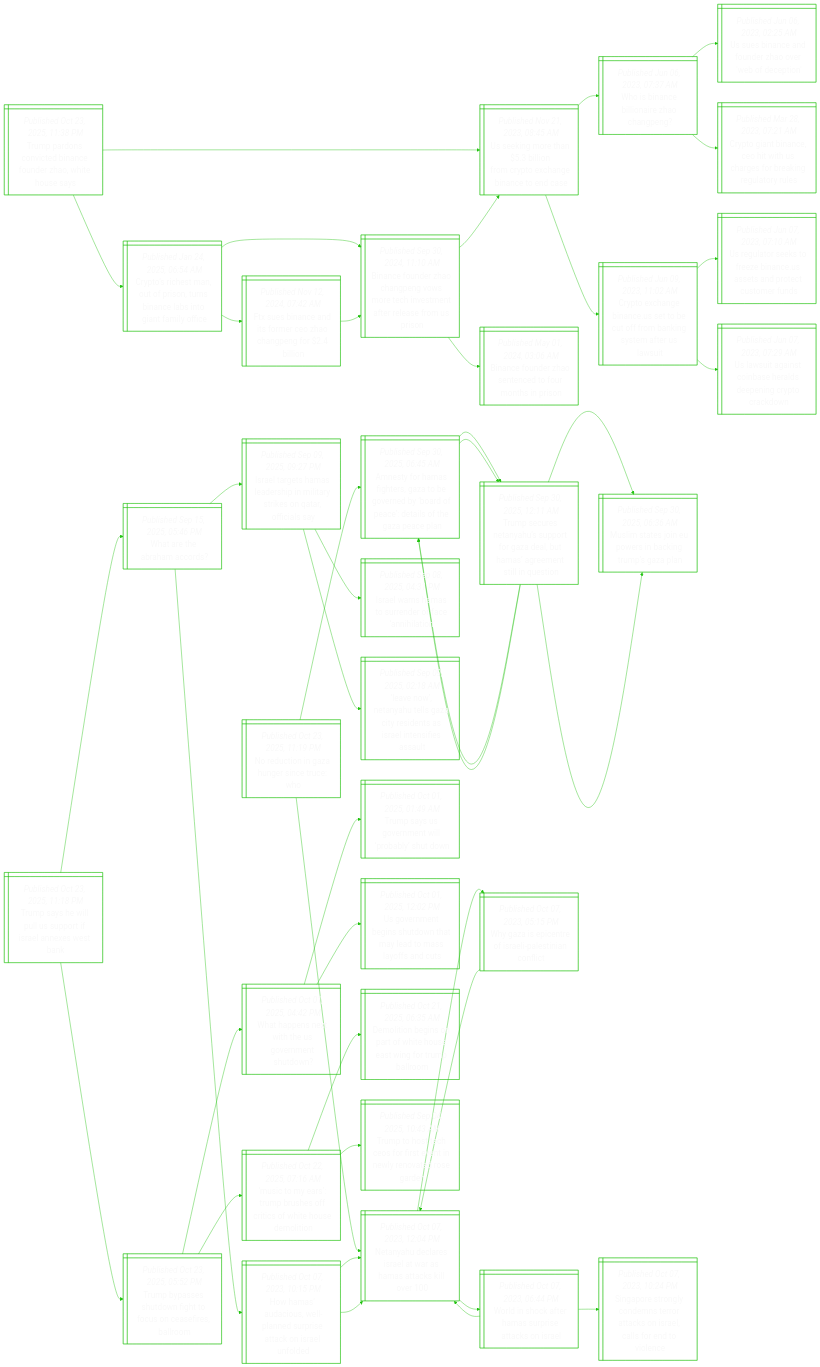
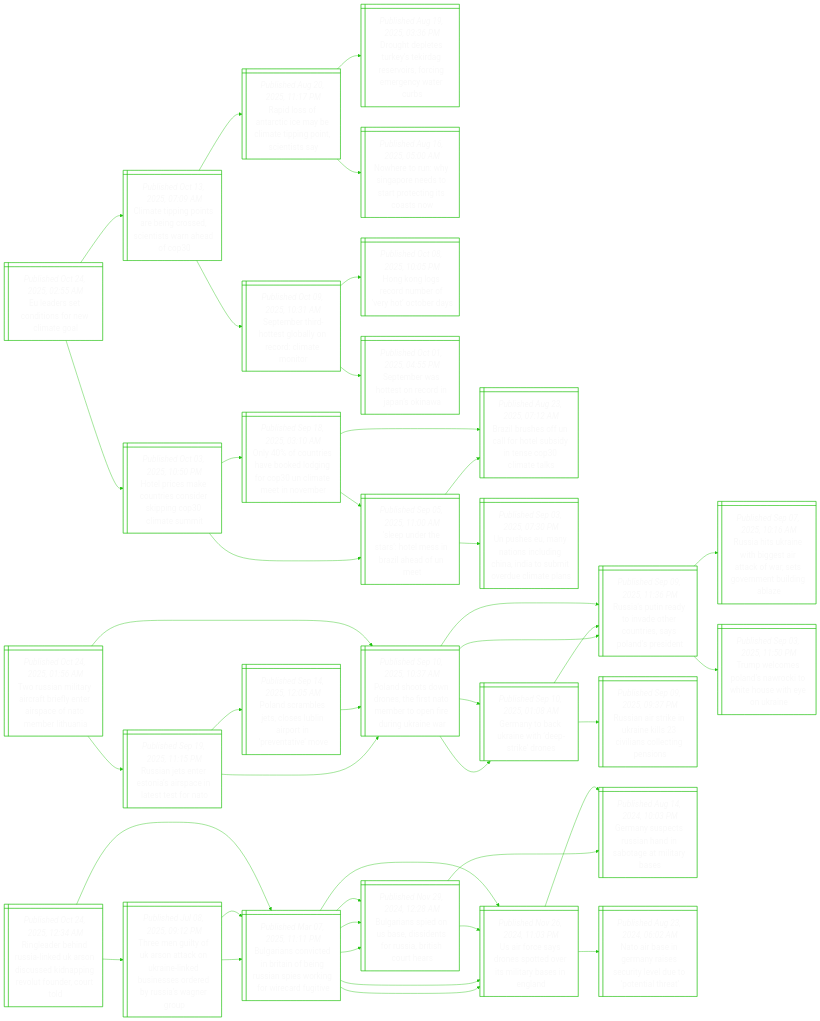
Before and after one commit to notJmes/notJmes: the diagram in README.md, drawn with Mermaid. The commit also changed other lines of this file, not shown here.

````diff
--- a/README.md
+++ b/README.md
@@ -16,136 +16,139 @@
 flowchart LR
 classDef txtsize font-size:20px;
 
-TpnvdnuZhoa@{ shape: win-pane, label: "_Published Oct 23, 2025, 11:38 PM_
-Trump pardons convicted binance founder zhao, white house says" }
-Ukoalryxgaoa@{ shape: win-pane, label: "_Published Nov 21, 2023, 08:45 AM_
-Us seeking more than $5.3 billion from crypto exchange binance to end case" }
-WBcliang@{ shape: win-pane, label: "_Published Jun 06, 2023, 07:37 AM_
-Who is binance billionaire zhao changpeng?" }
-Usnddarfp@{ shape: win-pane, label: "_Published Jun 06, 2023, 02:25 AM_
-Us sues binance and founder zhao over 'web of deception'" }
-CotnOicebigol@{ shape: win-pane, label: "_Published Mar 28, 2023, 07:21 AM_
-Crypto giant binance, ceo hit with us charges for breaking regulatory rules" }
-Coaietcfbnttli@{ shape: win-pane, label: "_Published Jun 09, 2023, 11:02 AM_
-Crypto exchange binance.us set to be cut off from banking system after us lawsuit" }
-Uurseiesntued@{ shape: win-pane, label: "_Published Jun 07, 2023, 07:10 AM_
-Us regulator seeks to freeze binance.us assets and protect customer funds" }
-Usgtbesecok@{ shape: win-pane, label: "_Published Jun 07, 2023, 07:29 AM_
-Us lawsuit against coinbase heralds deepening crypto crackdown" }
-CohaosrnLnamf@{ shape: win-pane, label: "_Published Jan 24, 2025, 06:54 AM_
-Crypto’s richest man, out of prison, turns binance labs into giant family office" }
-BcnhanstnmfeeUs@{ shape: win-pane, label: "_Published Sep 30, 2024, 11:10 AM_
-Binance founder zhao changpeng vows more tech investment after release from us prison" }
-Bcnhneonno@{ shape: win-pane, label: "_Published May 01, 2024, 03:06 AM_
-Binance founder zhao sentenced to four months in prison" }
-Ukoalryxgaoa@{ shape: win-pane, label: "_Published Nov 21, 2023, 08:45 AM_
-Us seeking more than $5.3 billion from crypto exchange binance to end case" }
-Feanfrhanbo@{ shape: win-pane, label: "_Published Nov 12, 2024, 07:42 AM_
-Ftx sues binance and its former ceo zhao changpeng for $2.4 billion" }
-BcnhanstnmfeeUs@{ shape: win-pane, label: "_Published Sep 30, 2024, 11:10 AM_
-Binance founder zhao changpeng vows more tech investment after release from us prison" }
+Edednnig@{ shape: win-pane, label: "_Published Oct 24, 2025, 02:55 AM_
+Eu leaders set conditions for new climate goal" }
+Ctpoaiostwhf@{ shape: win-pane, label: "_Published Oct 13, 2025, 07:09 AM_
+Climate tipping points are being crossed, scientists warn ahead of cop30" }
+Rlfriyitnnet@{ shape: win-pane, label: "_Published Aug 20, 2025, 11:17 PM_
+Rapid loss of antarctic ice may be climate tipping point, scientists say" }
+DhlTyirvfnryrs@{ shape: win-pane, label: "_Published Aug 19, 2025, 03:36 PM_
+Drought depletes turkey’s tekirdag reservoirs, forcing emergency water curbs" }
+NruSpeotegon@{ shape: win-pane, label: "_Published Aug 16, 2025, 05:00 AM_
+Nowhere to run: why singapore needs to start protecting its coasts now" }
+Smhotanrmor@{ shape: win-pane, label: "_Published Oct 09, 2025, 10:31 AM_
+September third-hottest globally on record: climate monitor" }
+Hogomfhtd@{ shape: win-pane, label: "_Published Oct 08, 2025, 10:05 PM_
+Hong kong logs record number of ‘very hot’ october days" }
+SmatnraOw@{ shape: win-pane, label: "_Published Oct 01, 2025, 04:55 PM_
+September was hottest on record in japan’s okinawa" }
+HpscroepCist@{ shape: win-pane, label: "_Published Oct 03, 2025, 10:50 PM_
+Hotel prices make countries consider skipping cop30 climate summit" }
+Sutatsraoe@{ shape: win-pane, label: "_Published Sep 05, 2025, 11:00 AM_
+‘sleep under the stars’: hotel mess in brazil ahead of un meet" }
+BlhflhsdeOma@{ shape: win-pane, label: "_Published Aug 23, 2025, 07:12 AM_
+Brazil brushes off un call for hotel subsidy in tense cop30 climate talks" }
+UhmasuCItmectn@{ shape: win-pane, label: "_Published Sep 03, 2025, 07:30 PM_
+Un pushes eu, many nations including china, india to submit overdue climate plans" }
+OftholnCcttvr@{ shape: win-pane, label: "_Published Sep 18, 2025, 03:10 AM_
+Only 40% of countries have booked lodging for cop30 un climate meet in november" }
+Sutatsraoe@{ shape: win-pane, label: "_Published Sep 05, 2025, 11:00 AM_
+‘sleep under the stars’: hotel mess in brazil ahead of un meet" }
+BlhflhsdeOma@{ shape: win-pane, label: "_Published Aug 23, 2025, 07:12 AM_
+Brazil brushes off un call for hotel subsidy in tense cop30 climate talks" }
 
-TpnvdnuZhoa:::txtsize --> Ukoalryxgaoa:::txtsize
-Ukoalryxgaoa:::txtsize --> WBcliang:::txtsize
-WBcliang:::txtsize --> Usnddarfp:::txtsize
-WBcliang:::txtsize --> CotnOicebigol:::txtsize
-Ukoalryxgaoa:::txtsize --> Coaietcfbnttli:::txtsize
-Coaietcfbnttli:::txtsize --> Uurseiesntued:::txtsize
-Coaietcfbnttli:::txtsize --> Usgtbesecok:::txtsize
-TpnvdnuZhoa:::txtsize --> CohaosrnLnamf:::txtsize
-CohaosrnLnamf:::txtsize --> BcnhanstnmfeeUs:::txtsize
-BcnhanstnmfeeUs:::txtsize --> Bcnhneonno:::txtsize
-BcnhanstnmfeeUs:::txtsize --> Ukoalryxgaoa:::txtsize
-CohaosrnLnamf:::txtsize --> Feanfrhanbo:::txtsize
-Feanfrhanbo:::txtsize --> BcnhanstnmfeeUs:::txtsize
+Edednnig:::txtsize --> Ctpoaiostwhf:::txtsize
+Ctpoaiostwhf:::txtsize --> Rlfriyitnnet:::txtsize
+Rlfriyitnnet:::txtsize --> DhlTyirvfnryrs:::txtsize
+Rlfriyitnnet:::txtsize --> NruSpeotegon:::txtsize
+Ctpoaiostwhf:::txtsize --> Smhotanrmor:::txtsize
+Smhotanrmor:::txtsize --> Hogomfhtd:::txtsize
+Smhotanrmor:::txtsize --> SmatnraOw:::txtsize
+Edednnig:::txtsize --> HpscroepCist:::txtsize
+HpscroepCist:::txtsize --> Sutatsraoe:::txtsize
+Sutatsraoe:::txtsize --> BlhflhsdeOma:::txtsize
+Sutatsraoe:::txtsize --> UhmasuCItmectn:::txtsize
+HpscroepCist:::txtsize --> OftholnCcttvr:::txtsize
+OftholnCcttvr:::txtsize --> Sutatsraoe:::txtsize
+OftholnCcttvr:::txtsize --> BlhflhsdeOma:::txtsize
 
-NunzgnuO@{ shape: win-pane, label: "_Published Oct 23, 2025, 11:19 PM_
-No reduction in gaza hunger since truce: who" }
-AtHfezerydatoGel@{ shape: win-pane, label: "_Published Sep 30, 2025, 06:45 AM_
-Amnesty for hamas fighters, gaza to be governed by ‘board of peace’: details of the gaza peace plan" }
-Tseaupoabmrnluo@{ shape: win-pane, label: "_Published Sep 30, 2025, 12:11 AM_
-Trump secures netanyahu’s support for gaza deal, but hamas’ agreement still in question" }
-AtHfezerydatoGel@{ shape: win-pane, label: "_Published Sep 30, 2025, 06:45 AM_
-Amnesty for hamas fighters, gaza to be governed by ‘board of peace’: details of the gaza peace plan" }
-Mmenwniuaa@{ shape: win-pane, label: "_Published Sep 30, 2025, 06:36 AM_
-Muslim states join eu powers in backing trump’s gaza plan" }
-Tseaupoabmrnluo@{ shape: win-pane, label: "_Published Sep 30, 2025, 12:11 AM_
-Trump secures netanyahu’s support for gaza deal, but hamas’ agreement still in question" }
-AtHfezerydatoGel@{ shape: win-pane, label: "_Published Sep 30, 2025, 06:45 AM_
-Amnesty for hamas fighters, gaza to be governed by ‘board of peace’: details of the gaza peace plan" }
-Mmenwniuaa@{ shape: win-pane, label: "_Published Sep 30, 2025, 06:36 AM_
-Muslim states join eu powers in backing trump’s gaza plan" }
-NyeeawHakl@{ shape: win-pane, label: "_Published Oct 07, 2023, 12:04 PM_
-Netanyahu declares israel at war as hamas attacks kill over 100" }
-WzptIleint@{ shape: win-pane, label: "_Published Oct 07, 2023, 05:15 PM_
-Why gaza is epicentre of israeli-palestinian conflict" }
-NyeeawHakl@{ shape: win-pane, label: "_Published Oct 07, 2023, 12:04 PM_
-Netanyahu declares israel at war as hamas attacks kill over 100" }
-Wiceapaks@{ shape: win-pane, label: "_Published Oct 07, 2023, 06:44 PM_
-World in shock after hamas surprise attacks on israel" }
-NyeeawHakl@{ shape: win-pane, label: "_Published Oct 07, 2023, 12:04 PM_
-Netanyahu declares israel at war as hamas attacks kill over 100" }
-SptldtrcIlsnic@{ shape: win-pane, label: "_Published Oct 07, 2023, 10:24 PM_
-Singapore strongly condemns terror attacks on israel, calls for end to violence" }
+Tsmartftretbti@{ shape: win-pane, label: "_Published Oct 24, 2025, 01:56 AM_
+Two russian military aircraft briefly enter airspace of nato member lithuania" }
+Rasrnicatoo@{ shape: win-pane, label: "_Published Sep 19, 2025, 11:15 PM_
+Russian jets enter estonia’s airspace in latest test for nato" }
+PdtnefNetndgir@{ shape: win-pane, label: "_Published Sep 10, 2025, 10:37 AM_
+Poland shoots down drones, the first nato member to open fire during ukraine war" }
+Gnarwerr@{ shape: win-pane, label: "_Published Sep 10, 2025, 01:08 AM_
+Germany to back ukraine with ‘deep-strike’ drones" }
+Raidnocralpd@{ shape: win-pane, label: "_Published Sep 09, 2025, 11:36 PM_
+Russia’s putin ready to invade other countries, says poland’s president" }
+PdmjlLnopnve@{ shape: win-pane, label: "_Published Sep 14, 2025, 12:05 AM_
+Poland scrambles jets, closes lublin airport in ‘preventative’ move" }
+PdtnefNetndgir@{ shape: win-pane, label: "_Published Sep 10, 2025, 10:37 AM_
+Poland shoots down drones, the first nato member to open fire during ukraine war" }
+PdtnefNetndgir@{ shape: win-pane, label: "_Published Sep 10, 2025, 10:37 AM_
+Poland shoots down drones, the first nato member to open fire during ukraine war" }
+Gnarwerr@{ shape: win-pane, label: "_Published Sep 10, 2025, 01:08 AM_
+Germany to back ukraine with ‘deep-strike’ drones" }
+Raserkcioten@{ shape: win-pane, label: "_Published Sep 09, 2025, 09:37 PM_
+Russian air strike in ukraine kills 23 civilians collecting pensions" }
+Raidnocralpd@{ shape: win-pane, label: "_Published Sep 09, 2025, 11:36 PM_
+Russia’s putin ready to invade other countries, says poland’s president" }
+Raidnocralpd@{ shape: win-pane, label: "_Published Sep 09, 2025, 11:36 PM_
+Russia’s putin ready to invade other countries, says poland’s president" }
+RaUnhercasrtdb@{ shape: win-pane, label: "_Published Sep 07, 2025, 10:16 AM_
+Russia hits ukraine with biggest air attack of war, sets government building ablaze" }
+TwmlNcWHwyke@{ shape: win-pane, label: "_Published Sep 03, 2025, 11:50 PM_
+Trump welcomes poland’s nawrocki to white house with eye on ukraine" }
 
-NunzgnuO:::txtsize --> AtHfezerydatoGel:::txtsize
-AtHfezerydatoGel:::txtsize --> Tseaupoabmrnluo:::txtsize
-Tseaupoabmrnluo:::txtsize --> AtHfezerydatoGel:::txtsize
-Tseaupoabmrnluo:::txtsize --> Mmenwniuaa:::txtsize
-AtHfezerydatoGel:::txtsize --> Tseaupoabmrnluo:::txtsize
-Tseaupoabmrnluo:::txtsize --> AtHfezerydatoGel:::txtsize
-Tseaupoabmrnluo:::txtsize --> Mmenwniuaa:::txtsize
-NunzgnuO:::txtsize --> NyeeawHakl:::txtsize
-NyeeawHakl:::txtsize --> WzptIleint:::txtsize
-WzptIleint:::txtsize --> NyeeawHakl:::txtsize
-NyeeawHakl:::txtsize --> Wiceapaks:::txtsize
-Wiceapaks:::txtsize --> NyeeawHakl:::txtsize
-Wiceapaks:::txtsize --> SptldtrcIlsnic:::txtsize
+Tsmartftretbti:::txtsize --> Rasrnicatoo:::txtsize
+Rasrnicatoo:::txtsize --> PdtnefNetndgir:::txtsize
+PdtnefNetndgir:::txtsize --> Gnarwerr:::txtsize
+PdtnefNetndgir:::txtsize --> Raidnocralpd:::txtsize
+Rasrnicatoo:::txtsize --> PdmjlLnopnve:::txtsize
+PdmjlLnopnve:::txtsize --> PdtnefNetndgir:::txtsize
+Tsmartftretbti:::txtsize --> PdtnefNetndgir:::txtsize
+PdtnefNetndgir:::txtsize --> Gnarwerr:::txtsize
+Gnarwerr:::txtsize --> Raserkcioten:::txtsize
+Gnarwerr:::txtsize --> Raidnocralpd:::txtsize
+PdtnefNetndgir:::txtsize --> Raidnocralpd:::txtsize
+Raidnocralpd:::txtsize --> RaUnhercasrtdb:::txtsize
+Raidnocralpd:::txtsize --> TwmlNcWHwyke:::txtsize
 
-TsepSoIlxsk@{ shape: win-pane, label: "_Published Oct 23, 2025, 11:18 PM_
-Trump says he will pull us support if israel annexes west bank" }
-WrAao@{ shape: win-pane, label: "_Published Sep 15, 2025, 05:46 PM_
-What are the abraham accords?" }
-Ilemahmaroais@{ shape: win-pane, label: "_Published Sep 09, 2025, 09:27 PM_
-Israel targets hamas leadership in military strikes on qatar, officials say" }
-Ilssreana@{ shape: win-pane, label: "_Published Sep 08, 2025, 04:31 PM_
-Israel warns hamas to surrender or face ‘annihilation’" }
-Lnthlareseeis@{ shape: win-pane, label: "_Published Sep 09, 2025, 02:18 AM_
-‘leave now’, netanyahu tells gaza city residents as israel intensifies assault" }
-Hmdulnrecsud@{ shape: win-pane, label: "_Published Oct 07, 2023, 10:15 PM_
-How hamas’ audacious, well-planned surprise attack on israel unfolded" }
-NyeeawHakl@{ shape: win-pane, label: "_Published Oct 07, 2023, 12:04 PM_
-Netanyahu declares israel at war as hamas attacks kill over 100" }
-NyeeawHakl@{ shape: win-pane, label: "_Published Oct 07, 2023, 12:04 PM_
-Netanyahu declares israel at war as hamas attacks kill over 100" }
-Tbsuntccfbo@{ shape: win-pane, label: "_Published Oct 23, 2025, 05:52 PM_
-Trump bypasses shutdown fight to focus on ceasefires, ballroom" }
-Waswhomhw@{ shape: win-pane, label: "_Published Oct 01, 2025, 04:42 PM_
-What happens next with the us government shutdown?" }
-TsSrtpbun@{ shape: win-pane, label: "_Published Oct 01, 2025, 01:49 AM_
-Trump says us government will ‘probably’ shut down" }
-Ueniunmaayat@{ shape: win-pane, label: "_Published Oct 01, 2025, 12:02 PM_
-Us government begins shutdown that may lead to mass layoffs and cuts" }
-Mtauuoiotsoo@{ shape: win-pane, label: "_Published Oct 22, 2025, 07:16 AM_
-‘music to my ears’: trump brushes off critics of white house demolition" }
-DibsrhoanTbo@{ shape: win-pane, label: "_Published Oct 21, 2025, 06:35 AM_
-Demolition begins on part of white house east wing for trump ballroom" }
-TttCosneetsd@{ shape: win-pane, label: "_Published Sep 04, 2025, 10:43 AM_
-Trump to host tech ceos for first event in newly renovated rose garden" }
+Rebdikadsipetdul@{ shape: win-pane, label: "_Published Oct 24, 2025, 12:34 AM_
+Ringleader behind russia-linked uk arson discussed kidnapping revolut founder, court told" }
+TmifstninusrdsWrp@{ shape: win-pane, label: "_Published Jul 08, 2025, 09:12 PM_
+Three men guilty of uk arson attack on ukraine-linked businesses ordered by russia’s wagner group" }
+BrccnabRaekoefi@{ shape: win-pane, label: "_Published Mar 07, 2025, 11:11 PM_
+Bulgarians convicted in britain of being russian spies working for wirecard fugitive" }
+Brsoasnritoe@{ shape: win-pane, label: "_Published Nov 29, 2024, 12:28 AM_
+Bulgarians spied on us base, dissidents for russia, british court hears" }
+UFsrserirend@{ shape: win-pane, label: "_Published Nov 26, 2024, 11:03 PM_
+Us air force says drones spotted over its military bases in england" }
+BrccnabRaekoefi@{ shape: win-pane, label: "_Published Mar 07, 2025, 11:11 PM_
+Bulgarians convicted in britain of being russian spies working for wirecard fugitive" }
+Brsoasnritoe@{ shape: win-pane, label: "_Published Nov 29, 2024, 12:28 AM_
+Bulgarians spied on us base, dissidents for russia, british court hears" }
+UFsrserirend@{ shape: win-pane, label: "_Published Nov 26, 2024, 11:03 PM_
+Us air force says drones spotted over its military bases in england" }
+BrccnabRaekoefi@{ shape: win-pane, label: "_Published Mar 07, 2025, 11:11 PM_
+Bulgarians convicted in britain of being russian spies working for wirecard fugitive" }
+Brsoasnritoe@{ shape: win-pane, label: "_Published Nov 29, 2024, 12:28 AM_
+Bulgarians spied on us base, dissidents for russia, british court hears" }
+UFsrserirend@{ shape: win-pane, label: "_Published Nov 26, 2024, 11:03 PM_
+Us air force says drones spotted over its military bases in england" }
+GnpRadbelys@{ shape: win-pane, label: "_Published Aug 14, 2024, 10:03 PM_
+Germany suspects russian hand in sabotage at military bases" }
+UFsrserirend@{ shape: win-pane, label: "_Published Nov 26, 2024, 11:03 PM_
+Us air force says drones spotted over its military bases in england" }
+Nierrsreuoir@{ shape: win-pane, label: "_Published Aug 23, 2024, 06:02 AM_
+Nato air base in germany raises security level due to ‘potential threat’" }
+GnpRadbelys@{ shape: win-pane, label: "_Published Aug 14, 2024, 10:03 PM_
+Germany suspects russian hand in sabotage at military bases" }
 
-TsepSoIlxsk:::txtsize --> WrAao:::txtsize
-WrAao:::txtsize --> Ilemahmaroais:::txtsize
-Ilemahmaroais:::txtsize --> Ilssreana:::txtsize
-Ilemahmaroais:::txtsize --> Lnthlareseeis:::txtsize
-WrAao:::txtsize --> Hmdulnrecsud:::txtsize
-Hmdulnrecsud:::txtsize --> NyeeawHakl:::txtsize
-Hmdulnrecsud:::txtsize --> NyeeawHakl:::txtsize
-TsepSoIlxsk:::txtsize --> Tbsuntccfbo:::txtsize
-Tbsuntccfbo:::txtsize --> Waswhomhw:::txtsize
-Waswhomhw:::txtsize --> TsSrtpbun:::txtsize
-Waswhomhw:::txtsize --> Ueniunmaayat:::txtsize
-Tbsuntccfbo:::txtsize --> Mtauuoiotsoo:::txtsize
-Mtauuoiotsoo:::txtsize --> DibsrhoanTbo:::txtsize
-Mtauuoiotsoo:::txtsize --> TttCosneetsd:::txtsize
+Rebdikadsipetdul:::txtsize --> TmifstninusrdsWrp:::txtsize
+TmifstninusrdsWrp:::txtsize --> BrccnabRaekoefi:::txtsize
+BrccnabRaekoefi:::txtsize --> Brsoasnritoe:::txtsize
+BrccnabRaekoefi:::txtsize --> UFsrserirend:::txtsize
+TmifstninusrdsWrp:::txtsize --> BrccnabRaekoefi:::txtsize
+BrccnabRaekoefi:::txtsize --> Brsoasnritoe:::txtsize
+BrccnabRaekoefi:::txtsize --> UFsrserirend:::txtsize
+Rebdikadsipetdul:::txtsize --> BrccnabRaekoefi:::txtsize
+BrccnabRaekoefi:::txtsize --> Brsoasnritoe:::txtsize
+Brsoasnritoe:::txtsize --> UFsrserirend:::txtsize
+Brsoasnritoe:::txtsize --> GnpRadbelys:::txtsize
+BrccnabRaekoefi:::txtsize --> UFsrserirend:::txtsize
+UFsrserirend:::txtsize --> Nierrsreuoir:::txtsize
+UFsrserirend:::txtsize --> GnpRadbelys:::txtsize
 
 ```
````
